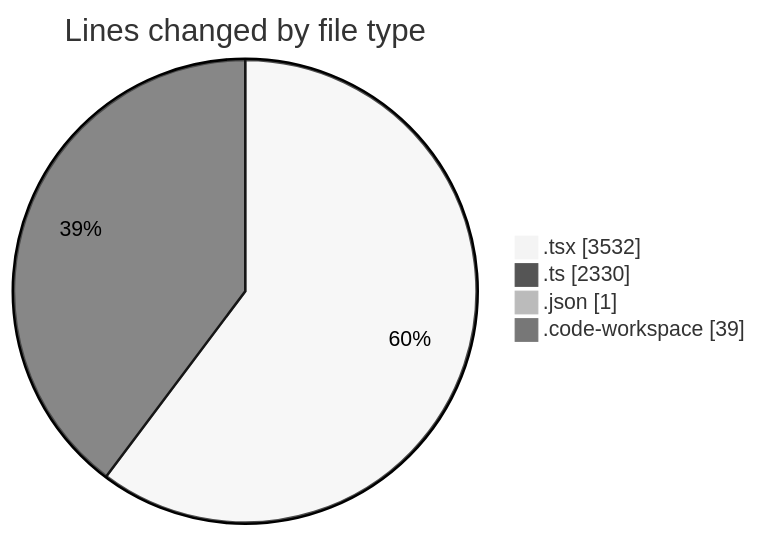
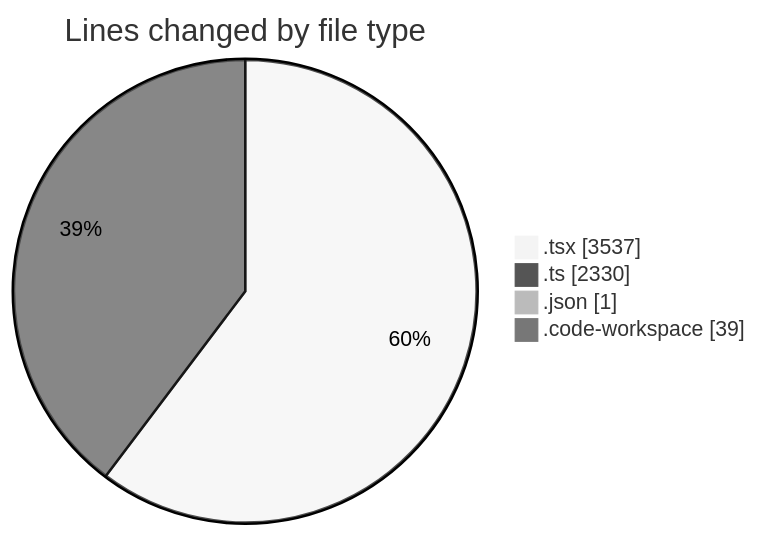
The first of 2 diagrams in 2025-10-08/eventscop-frontend-guide__workspace_/README.md (julien-gomy/code-tracking), drawn with Mermaid (neutral theme) before and after one commit. The commit also changed other lines of this file and 1 other file, not shown here.

````diff
--- a/2025-10-08/eventscop-frontend-guide__workspace_/README.md
+++ b/2025-10-08/eventscop-frontend-guide__workspace_/README.md
@@ -47,8 +47,8 @@
 ```mermaid
 pie showData
 title Lines changed by file type
-".tsx" : 3532
+".tsx" : 3537
 ".ts" : 2330
 ".json" : 1
 ".code-workspace" : 39
 ```
````
